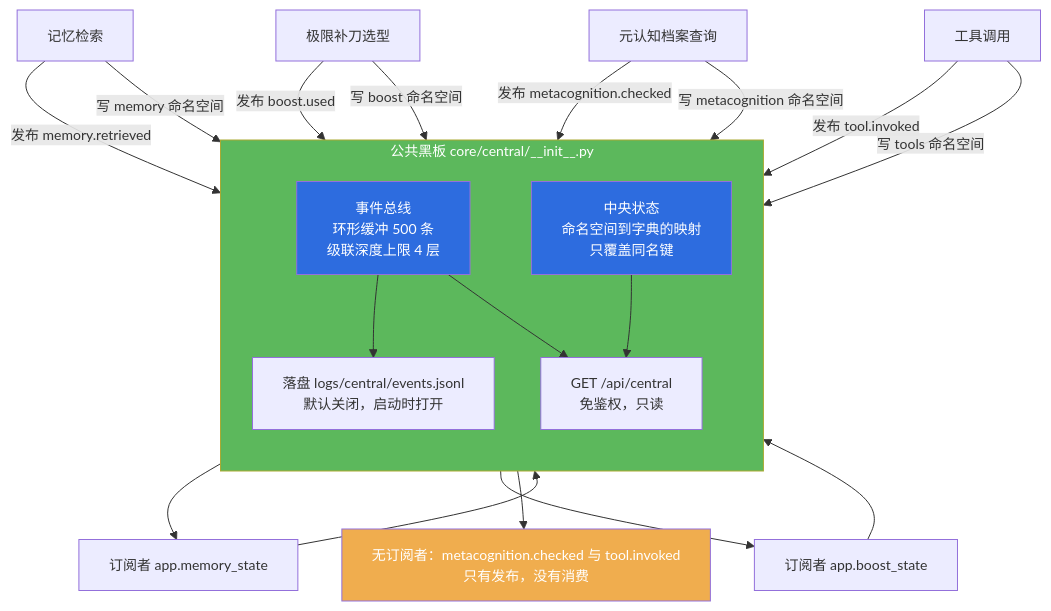
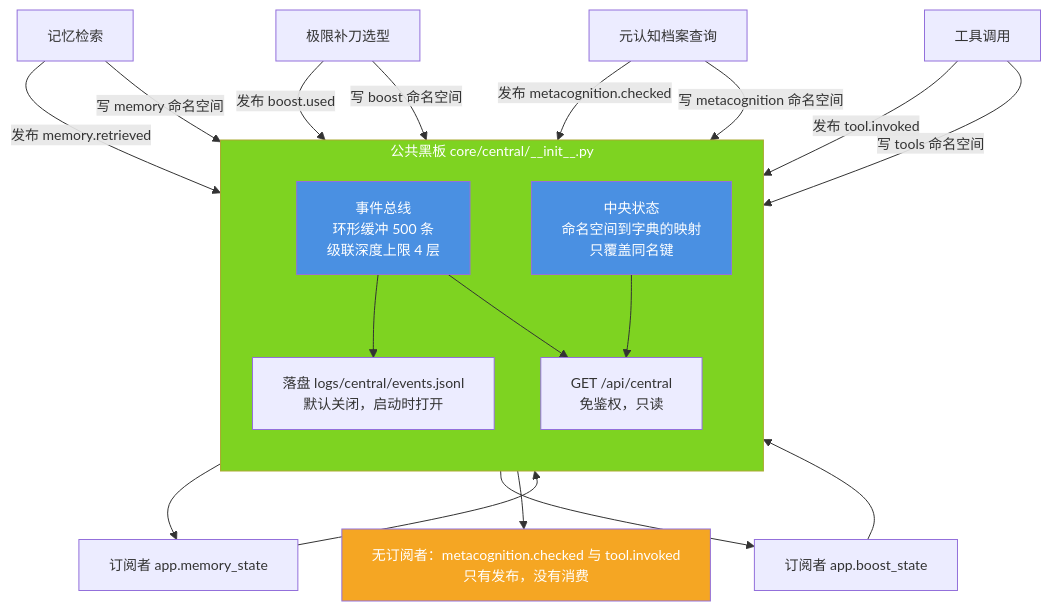
Before and after one commit to jiangchuangege/xiaojiao-harnees: the fifth of 9 diagrams in docs/modules/11-post-chapters.md, drawn with Mermaid. The commit also changed other lines of this file and 32 other files, not shown here.

Commit message:
统一：全仓原理图配色到一套调色板 + 给 12 张灰图补色 + 修正自己会睡那张过期图

````diff
--- a/docs/modules/11-post-chapters.md
+++ b/docs/modules/11-post-chapters.md
@@ -707,36 +707,36 @@
 ```mermaid
 %%{init: {"themeVariables": {"fontSize": "14px"}, "flowchart": {"htmlLabels": true, "wrappingWidth": 330, "nodeSpacing": 44, "rankSpacing": 58, "useMaxWidth": true}}}%%
 flowchart TB
     subgraph BOARD["公共黑板 core/central/__init__.py"]
         direction TB
         ST["中央状态<br/>命名空间到字典的映射<br/>只覆盖同名键"]
         EV["事件总线<br/>环形缓冲 500 条<br/>级联深度上限 4 层"]
         DISK["落盘 logs/central/events.jsonl<br/>默认关闭，启动时打开"]
         API["GET /api/central<br/>免鉴权，只读"]
     end
 
     P1["记忆检索"] -->|"发布 memory.retrieved"| EV
     P2["极限补刀选型"] -->|"发布 boost.used"| EV
     P3["元认知档案查询"] -->|"发布 metacognition.checked"| EV
     P4["工具调用"] -->|"发布 tool.invoked"| EV
 
     P1 -->|"写 memory 命名空间"| ST
     P2 -->|"写 boost 命名空间"| ST
     P3 -->|"写 metacognition 命名空间"| ST
     P4 -->|"写 tools 命名空间"| ST
 
     EV --> S1["订阅者 app.memory_state"]
     EV --> S2["订阅者 app.boost_state"]
     S1 --> ST
     S2 --> ST
 
     EV --> ORPHAN["无订阅者：metacognition.checked 与 tool.invoked<br/>只有发布，没有消费"]
     EV --> DISK
     ST --> API
     EV --> API
 
-    style BOARD fill:#5cb85c,color:#fff
-    style ST fill:#2d6cdf,color:#fff
-    style EV fill:#2d6cdf,color:#fff
-    style ORPHAN fill:#f0ad4e,color:#fff
+    style BOARD fill:#7ED321,color:#fff
+    style ST fill:#4A90E2,color:#fff
+    style EV fill:#4A90E2,color:#fff
+    style ORPHAN fill:#F5A623,color:#fff
 ```
````
